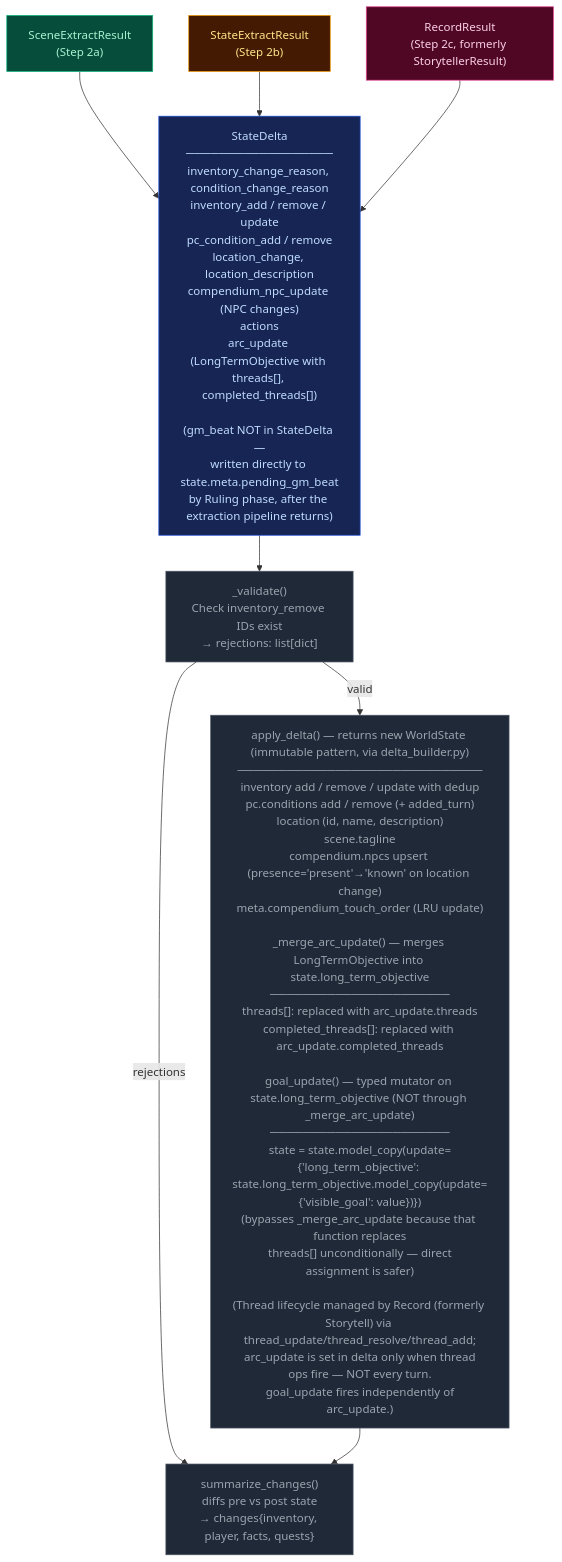
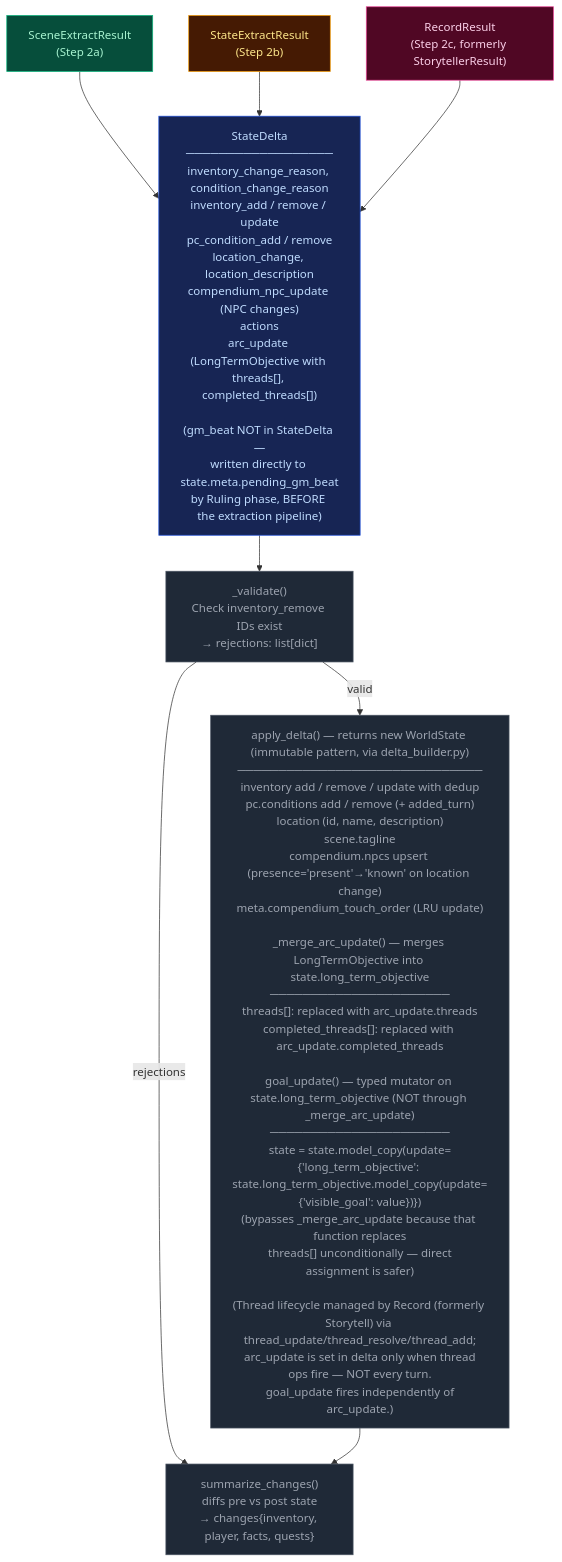
Before and after one commit to pww217/fablethread: the diagram in docs/architecture/delta-validate.md, drawn with Mermaid. The commit also changed 17 other files, not shown here.

First line of the commit message:
docs: verify and fix architecture docs against source code

````diff
--- a/docs/architecture/delta-validate.md
+++ b/docs/architecture/delta-validate.md
@@ -7,28 +7,28 @@
 ```mermaid
 flowchart TD
     classDef stageScene    fill:#064e3b,color:#a7f3d0,stroke:#10b981
     classDef stageState    fill:#451a03,color:#fde68a,stroke:#f59e0b
     classDef stageProgress fill:#500724,color:#fbcfe8,stroke:#ec4899
     classDef pyNode        fill:#1f2937,color:#9ca3af,stroke:#4b5563
     classDef mergeNode     fill:#172554,color:#bfdbfe,stroke:#1d4ed8
 
     SR1["SceneExtractResult<br>(Step 2a)"]:::stageScene
     SR2["StateExtractResult<br>(Step 2b)"]:::stageState
     SR3["RecordResult<br>(Step 2c, formerly StorytellerResult)"]:::stageProgress
 
-    MERGE["StateDelta<br>──────────────────<br>inventory_change_reason, condition_change_reason<br>inventory_add / remove / update<br>pc_condition_add / remove<br>location_change, location_description<br>compendium_npc_update (NPC changes)<br>actions<br>arc_update (LongTermObjective with threads[], completed_threads[])<br><br>(gm_beat NOT in StateDelta —<br>written directly to state.meta.pending_gm_beat<br>by Ruling phase, after the extraction pipeline returns)"]:::mergeNode
+    MERGE["StateDelta<br>──────────────────<br>inventory_change_reason, condition_change_reason<br>inventory_add / remove / update<br>pc_condition_add / remove<br>location_change, location_description<br>compendium_npc_update (NPC changes)<br>actions<br>arc_update (LongTermObjective with threads[], completed_threads[])<br><br>(gm_beat NOT in StateDelta —<br>written directly to state.meta.pending_gm_beat<br>by Ruling phase, BEFORE the extraction pipeline)"]:::mergeNode
 
     VALIDATE["_validate()<br>Check inventory_remove IDs exist<br>→ rejections: list[dict]"]:::pyNode
 
     APPLY["apply_delta() — returns new WorldState (immutable pattern, via delta_builder.py)<br>──────────────────────────────<br>inventory add / remove / update with dedup<br>pc.conditions add / remove (+ added_turn)<br>location (id, name, description)<br>scene.tagline<br>compendium.npcs upsert (presence='present'→'known' on location change)<br>meta.compendium_touch_order (LRU update)<br><br>_merge_arc_update() — merges LongTermObjective into state.long_term_objective<br>──────────────────────<br>threads[]: replaced with arc_update.threads<br>completed_threads[]: replaced with arc_update.completed_threads<br><br>goal_update() — typed mutator on state.long_term_objective (NOT through _merge_arc_update)<br>──────────────────────<br>state = state.model_copy(update={'long_term_objective': state.long_term_objective.model_copy(update={'visible_goal': value})})<br>(bypasses _merge_arc_update because that function replaces<br> threads[] unconditionally — direct assignment is safer)<br><br>(Thread lifecycle managed by Record (formerly Storytell) via thread_update/thread_resolve/thread_add;<br> arc_update is set in delta only when thread ops fire — NOT every turn.<br> goal_update fires independently of arc_update.)"]:::pyNode
 
     DIFF["summarize_changes()<br>diffs pre vs post state<br>→ changes{inventory, player, facts, quests}"]:::pyNode
 
     SR1 --> MERGE
     SR2 --> MERGE
     SR3 --> MERGE
     MERGE --> VALIDATE
     VALIDATE -- "valid" --> APPLY
     VALIDATE -- "rejections" --> DIFF
     APPLY --> DIFF
 ```
````
